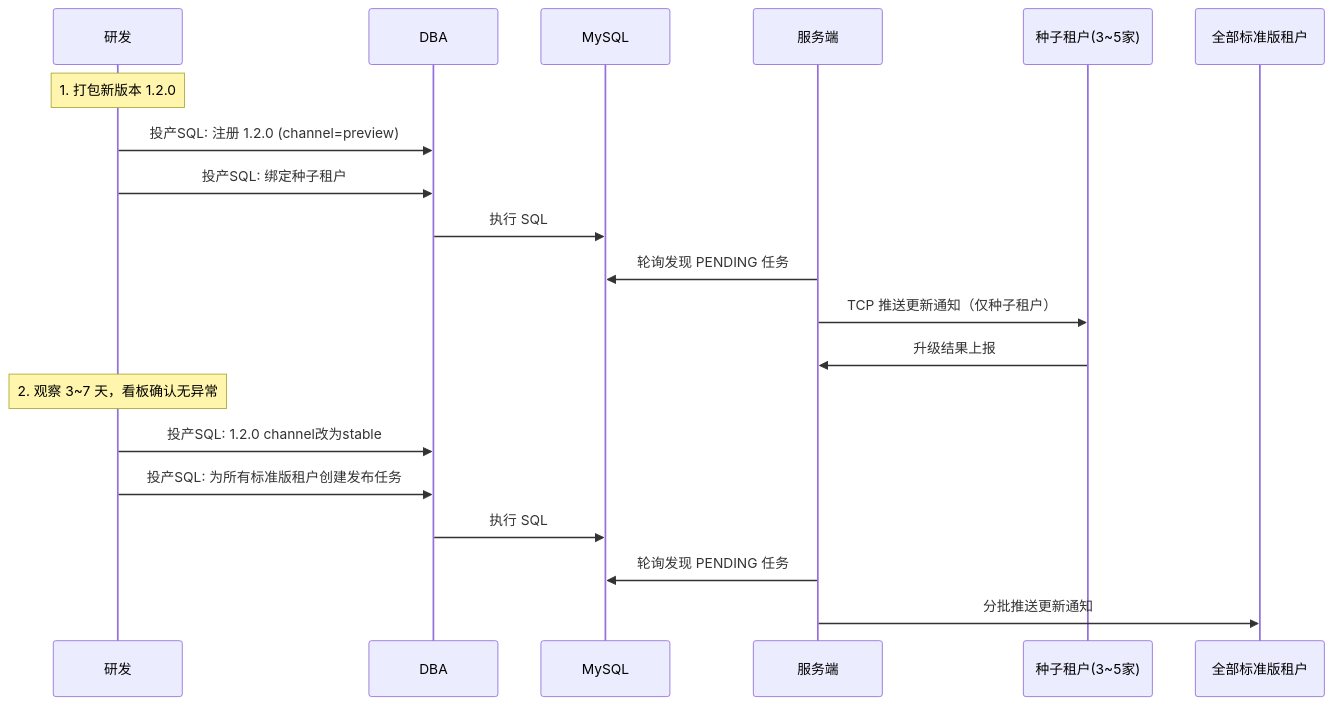
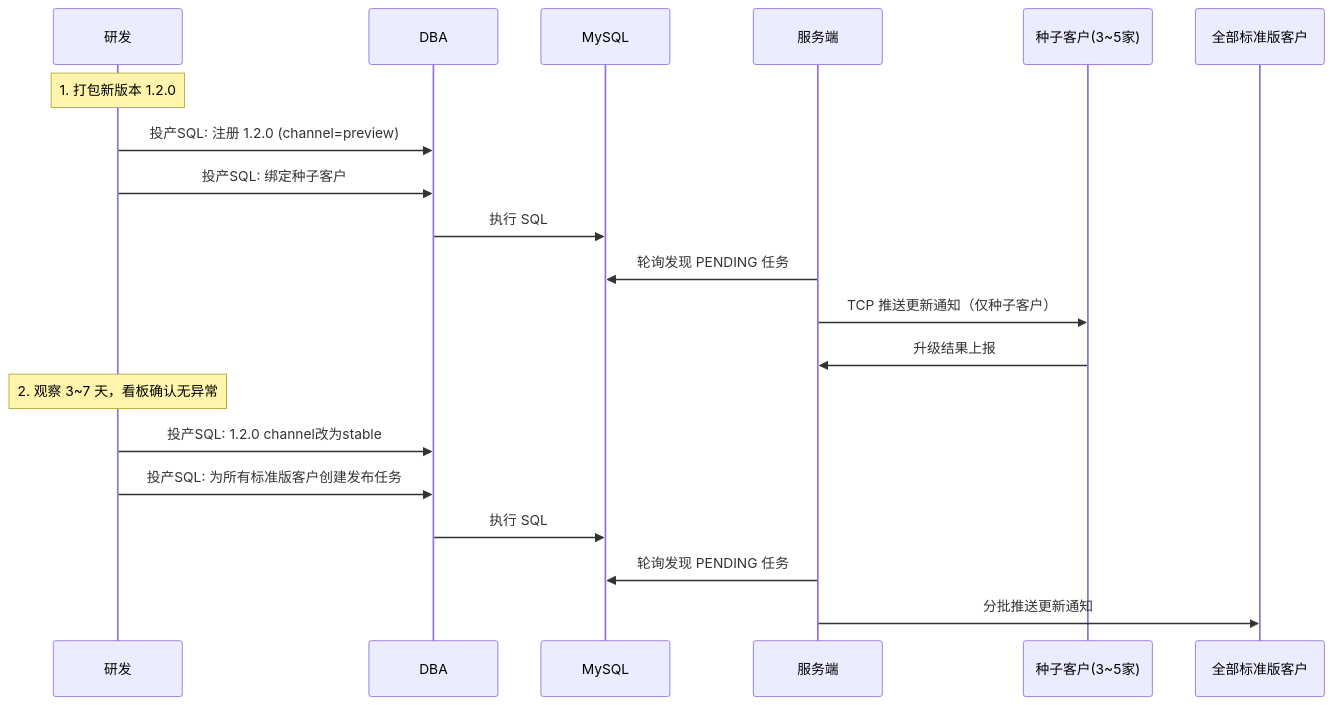
One commit to zhangpeng3710/nettydemo changed the sixth of 9 diagrams in docs/适用于生产现状的版本更新方案.md. Above: the diagram before and after it, drawn with Mermaid. The commit also changed other lines of this file and 1 other file, not shown here.

````diff
--- a/docs/适用于生产现状的版本更新方案.md
+++ b/docs/适用于生产现状的版本更新方案.md
@@ -381,27 +376,27 @@
 ```mermaid
 sequenceDiagram
     participant DEV as 研发
     participant DBA as DBA
     participant DB as MySQL
     participant SRV as 服务端
-    participant SEED as 种子租户(3~5家)
-    participant ALL as 全部标准版租户
+    participant SEED as 种子客户(3~5家)
+    participant ALL as 全部标准版客户
 
     Note over DEV: 1. 打包新版本 1.2.0
     DEV->>DBA: 投产SQL: 注册 1.2.0 (channel=preview)
-    DEV->>DBA: 投产SQL: 绑定种子租户
+    DEV->>DBA: 投产SQL: 绑定种子客户
     DBA->>DB: 执行 SQL
 
     SRV->>DB: 轮询发现 PENDING 任务
-    SRV->>SEED: TCP 推送更新通知（仅种子租户）
+    SRV->>SEED: TCP 推送更新通知（仅种子客户）
     SEED->>SRV: 升级结果上报
 
     Note over DEV: 2. 观察 3~7 天，看板确认无异常
 
     DEV->>DBA: 投产SQL: 1.2.0 channel改为stable
-    DEV->>DBA: 投产SQL: 为所有标准版租户创建发布任务
+    DEV->>DBA: 投产SQL: 为所有标准版客户创建发布任务
     DBA->>DB: 执行 SQL
 
     SRV->>DB: 轮询发现 PENDING 任务
     SRV->>ALL: 分批推送更新通知
 ```
````
